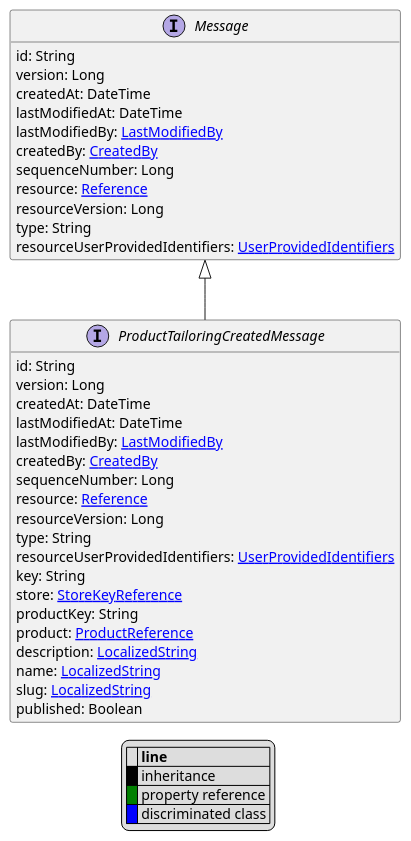
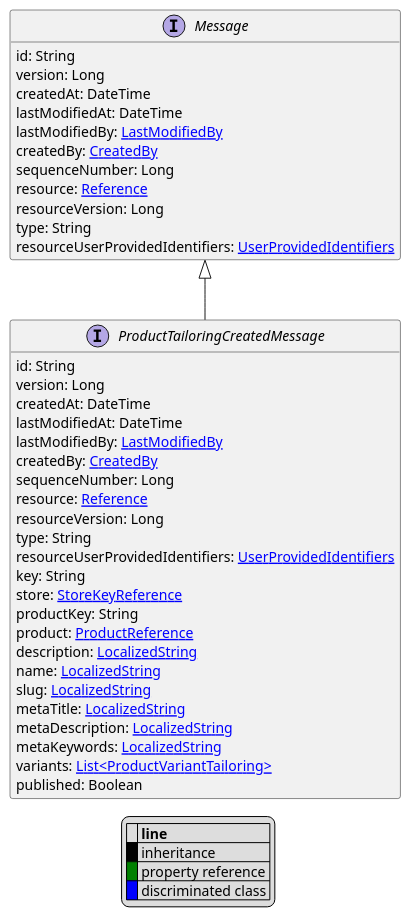
One commit to commercetools/commercetools-api-reference changed the diagram in uml/api/ProductTailoringCreatedMessage.puml. Above: the diagram before and after it, drawn with PlantUML. The commit also changed 1156 other files, not shown here.

```diff
--- a/uml/api/ProductTailoringCreatedMessage.puml
+++ b/uml/api/ProductTailoringCreatedMessage.puml
@@ -1,50 +1,54 @@
 @startuml
 
 hide empty fields
 hide empty methods
 legend
 |= |= line |
 |<back:black>   </back>| inheritance |
 |<back:green>   </back>| property reference |
 |<back:blue>   </back>| discriminated class |
 endlegend
 interface ProductTailoringCreatedMessage [[ProductTailoringCreatedMessage.svg]] extends Message {
     id: String
     version: Long
     createdAt: DateTime
     lastModifiedAt: DateTime
     lastModifiedBy: [[LastModifiedBy.svg LastModifiedBy]]
     createdBy: [[CreatedBy.svg CreatedBy]]
     sequenceNumber: Long
     resource: [[Reference.svg Reference]]
     resourceVersion: Long
     type: String
     resourceUserProvidedIdentifiers: [[UserProvidedIdentifiers.svg UserProvidedIdentifiers]]
     key: String
     store: [[StoreKeyReference.svg StoreKeyReference]]
     productKey: String
     product: [[ProductReference.svg ProductReference]]
     description: [[LocalizedString.svg LocalizedString]]
     name: [[LocalizedString.svg LocalizedString]]
     slug: [[LocalizedString.svg LocalizedString]]
+    metaTitle: [[LocalizedString.svg LocalizedString]]
+    metaDescription: [[LocalizedString.svg LocalizedString]]
+    metaKeywords: [[LocalizedString.svg LocalizedString]]
+    variants: [[ProductVariantTailoring.svg List<ProductVariantTailoring>]]
     published: Boolean
 }
 interface Message [[Message.svg]]  {
     id: String
     version: Long
     createdAt: DateTime
     lastModifiedAt: DateTime
     lastModifiedBy: [[LastModifiedBy.svg LastModifiedBy]]
     createdBy: [[CreatedBy.svg CreatedBy]]
     sequenceNumber: Long
     resource: [[Reference.svg Reference]]
     resourceVersion: Long
     type: String
     resourceUserProvidedIdentifiers: [[UserProvidedIdentifiers.svg UserProvidedIdentifiers]]
 }
 
 
 
 
 
 @enduml
```
